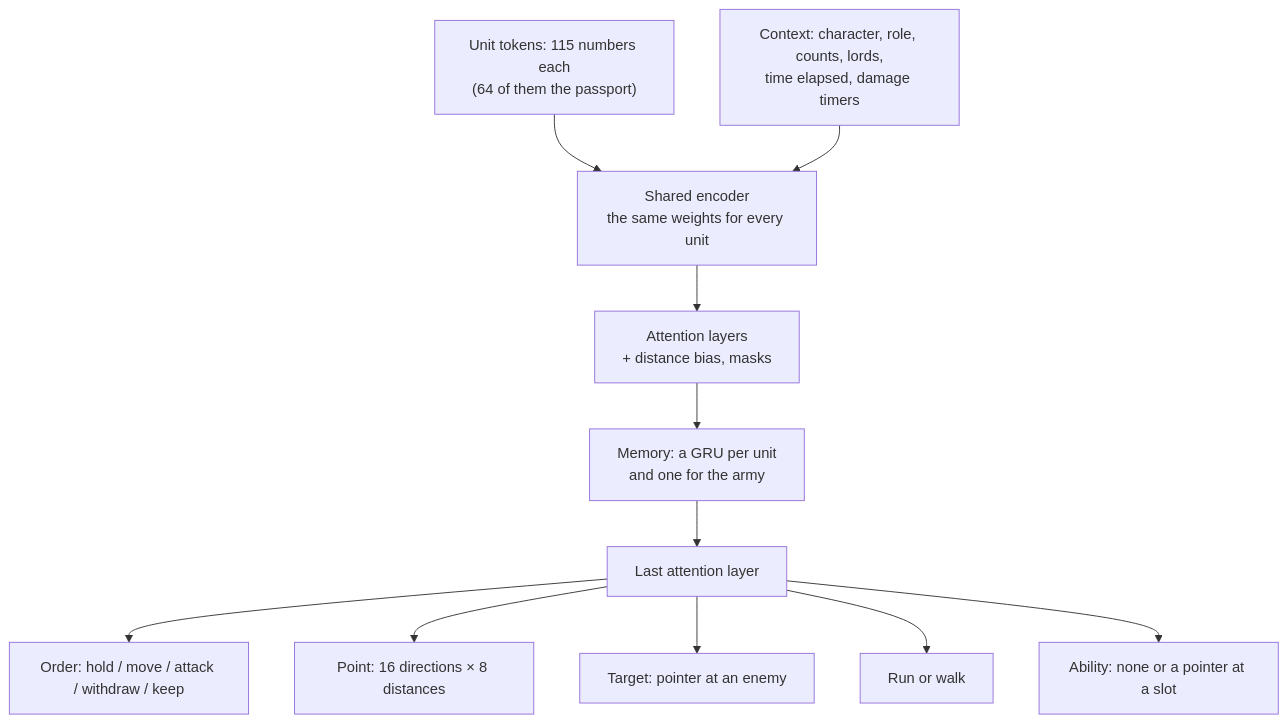
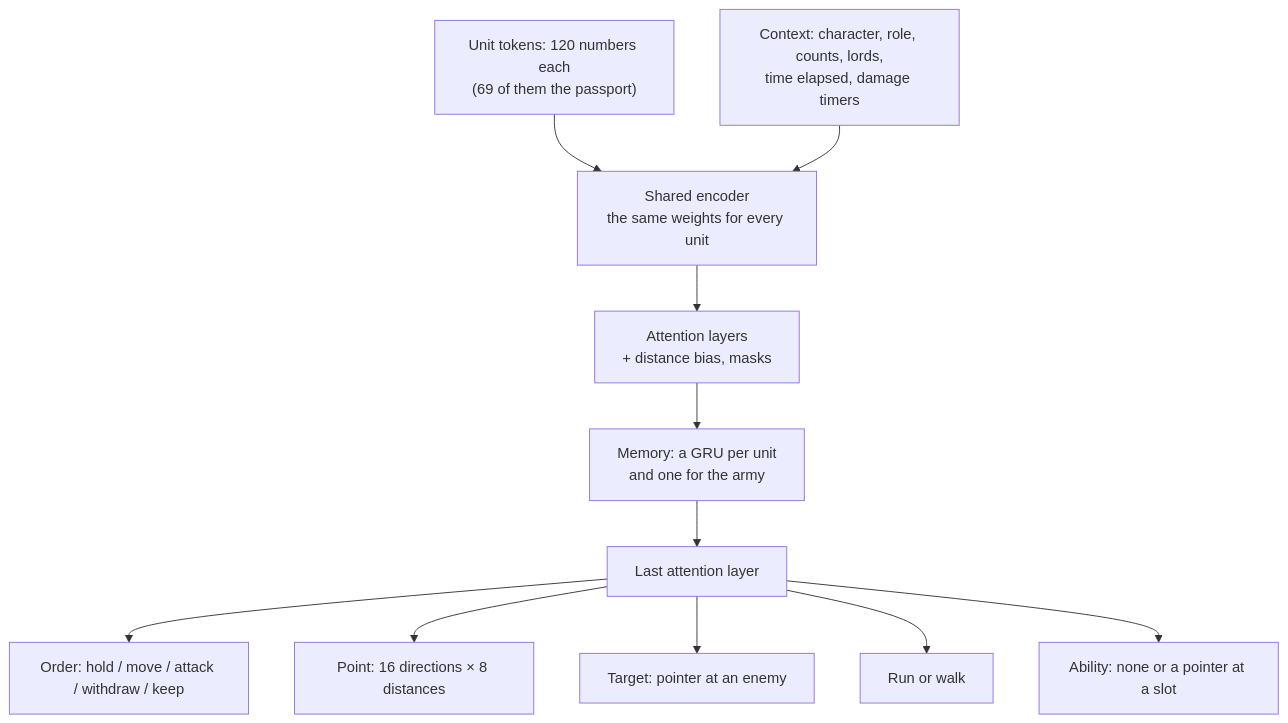
The second of 2 diagrams in docs/en/training/model.md (DimaZero7/TWW3-batle-ai), drawn with Mermaid before and after one commit. The commit also changed other lines of this file and 61 other files, not shown here.

````diff
--- a/docs/en/training/model.md
+++ b/docs/en/training/model.md
@@ -142,13 +143,13 @@
 ```mermaid
 flowchart TB
-  tok["Unit tokens: 115 numbers each<br/>(64 of them the passport)"] --> enc["Shared encoder<br/>the same weights for every unit"]
+  tok["Unit tokens: 120 numbers each<br/>(69 of them the passport)"] --> enc["Shared encoder<br/>the same weights for every unit"]
   ctx["Context: character, role, counts, lords,<br/>time elapsed, damage timers"] --> enc
   enc --> att["Attention layers<br/>+ distance bias, masks"]
   att --> gru["Memory: a GRU per unit<br/>and one for the army"]
   gru --> last["Last attention layer"]
   last --> kind["Order: hold / move / attack / withdraw / keep"]
   last --> point["Point: 16 directions × 8 distances"]
   last --> ptr["Target: pointer at an enemy"]
   last --> run["Run or walk"]
   last --> abil["Ability: none or a pointer at a slot"]
 ```
````
